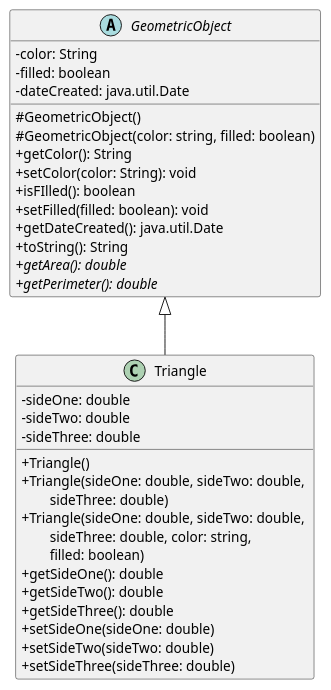
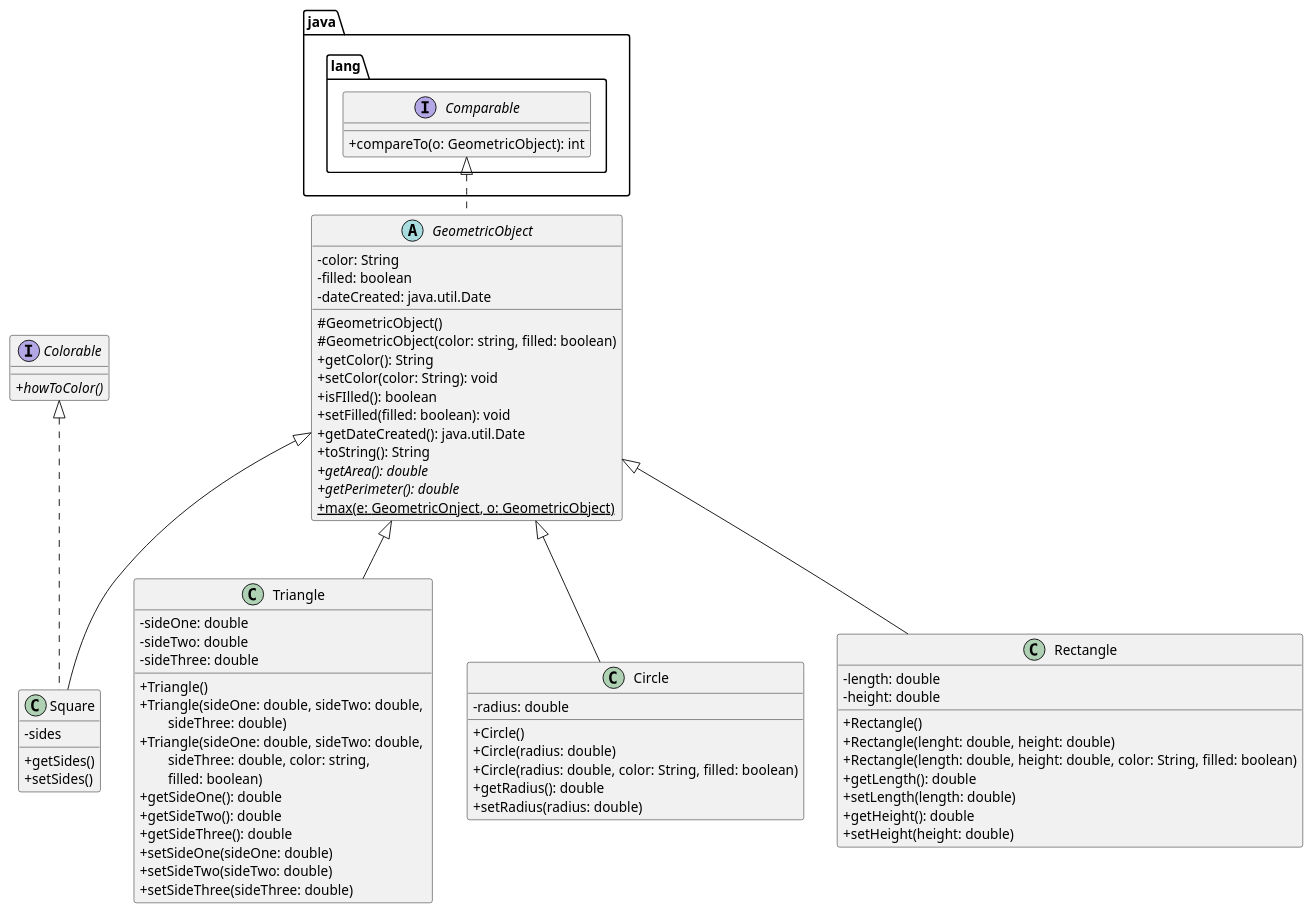
The diagram in liang/chp13/GeometricObject.puml (catRoman/java), drawn with PlantUML before and after one commit. The commit also changed 16 other files, not shown here.

```diff
--- a/liang/chp13/GeometricObject.puml
+++ b/liang/chp13/GeometricObject.puml
@@ -1,42 +1,85 @@
-@startuml
+@startuml Exercise13_1-Exercise13_7
 
 skinparam ClassAttributeIconSize 0
 
-abstract GeometricObject {
+abstract GeometricObject implements java.lang.Comparable {
     -color: String
     -filled: boolean
     -dateCreated: java.util.Date
 
     #GeometricObject()
     #GeometricObject(color: string, filled: boolean)
     +getColor(): String 
     +setColor(color: String): void
     +isFIlled(): boolean
     +setFilled(filled: boolean): void
     +getDateCreated(): java.util.Date
     +toString(): String 
     {abstract} +getArea(): double
     {abstract} +getPerimeter(): double
+    {static} +max(e: GeometricOnject, o: GeometricObject)
+
 
 }
 
 class Triangle extends GeometricObject {
     -sideOne: double
     -sideTwo: double
     -sideThree: double
 
     +Triangle()
     +Triangle(sideOne: double, sideTwo: double,\n\tsideThree: double)
     +Triangle(sideOne: double, sideTwo: double, \n\tsideThree: double, color: string,\n\tfilled: boolean)
     +getSideOne(): double
     +getSideTwo(): double
     +getSideThree(): double
     +setSideOne(sideOne: double)
     +setSideTwo(sideTwo: double)
     +setSideThree(sideThree: double)
 }
 
+Class Circle extends GeometricObject {
+    - radius: double
+
+    +Circle()
+    +Circle(radius: double)
+    +Circle(radius: double, color: String, filled: boolean)
+    +getRadius(): double
+    +setRadius(radius: double)
+
+}
+ Class Rectangle extends GeometricObject {
+     -length: double
+     -height: double
+
+     +Rectangle()
+     +Rectangle(lenght: double, height: double)
+     +Rectangle(length: double, height: double, color: String, filled: boolean)
+     +getLength(): double
+     +setLength(length: double)
+     +getHeight(): double
+     +setHeight(height: double)
+
+ }
+
+ class Square extends GeometricObject implements Colorable {
+     -sides 
+
+     +getSides()
+     +setSides()
+
+ }
+
+ interface Colorable {
+     {abstract} +howToColor()
+
+ }
+
+interface java.lang.Comparable {
+   +compareTo(o: GeometricObject): int
+}
+
 
 
 
 @enduml 
```
